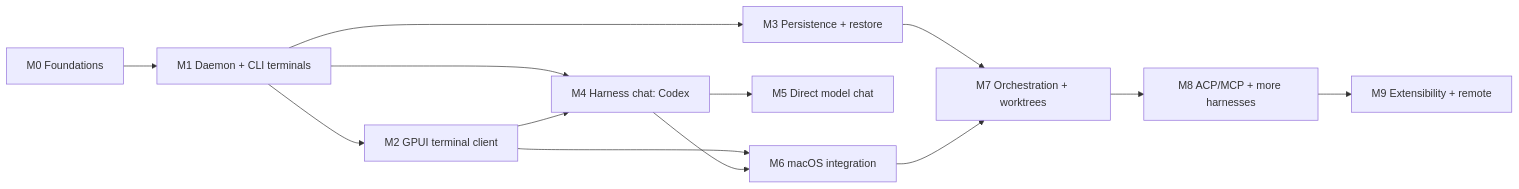
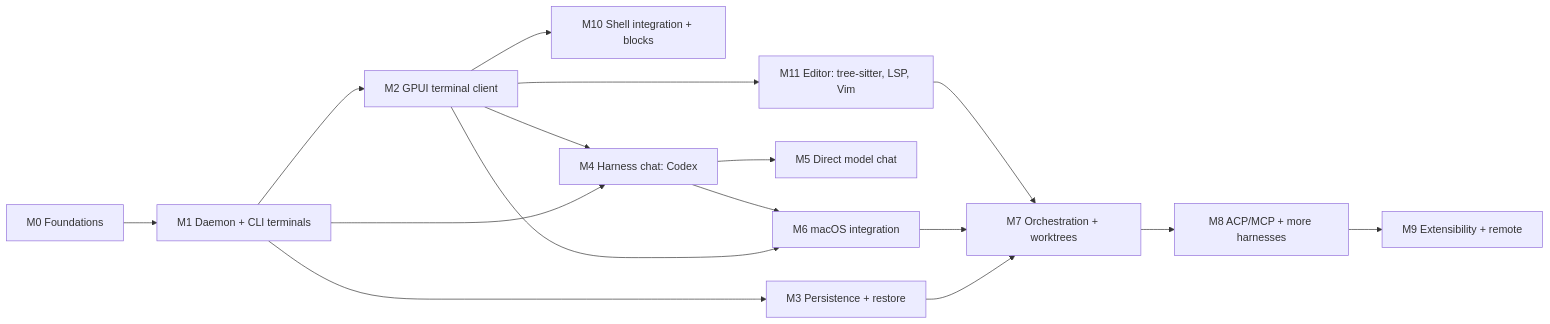
The diagram in docs/roadmap.md (robertt3kuk/heeler), drawn with Mermaid before and after one commit. The commit also changed other lines of this file and 5 other files, not shown here.

Commit message:
docs: plan M2.7 compact scrollback, M10 blocks, M11 editor (ADR 0012 proposed), drop rich input; brief M2-H

````diff
--- a/docs/roadmap.md
+++ b/docs/roadmap.md
@@ -5,15 +5,18 @@
 ```mermaid
 flowchart LR
   M0[M0 Foundations] --> M1[M1 Daemon + CLI terminals]
   M1 --> M2[M2 GPUI terminal client]
+  M2 --> M10[M10 Shell integration + blocks]
   M1 --> M3[M3 Persistence + restore]
   M1 --> M4[M4 Harness chat: Codex]
   M2 --> M4
   M4 --> M5[M5 Direct model chat]
   M2 --> M6[M6 macOS integration]
   M4 --> M6
+  M2 --> M11[M11 Editor: tree-sitter, LSP, Vim]
   M3 --> M7[M7 Orchestration + worktrees]
   M6 --> M7
+  M11 --> M7
   M7 --> M8[M8 ACP/MCP + more harnesses]
   M8 --> M9[M9 Extensibility + remote]
 ```
````
